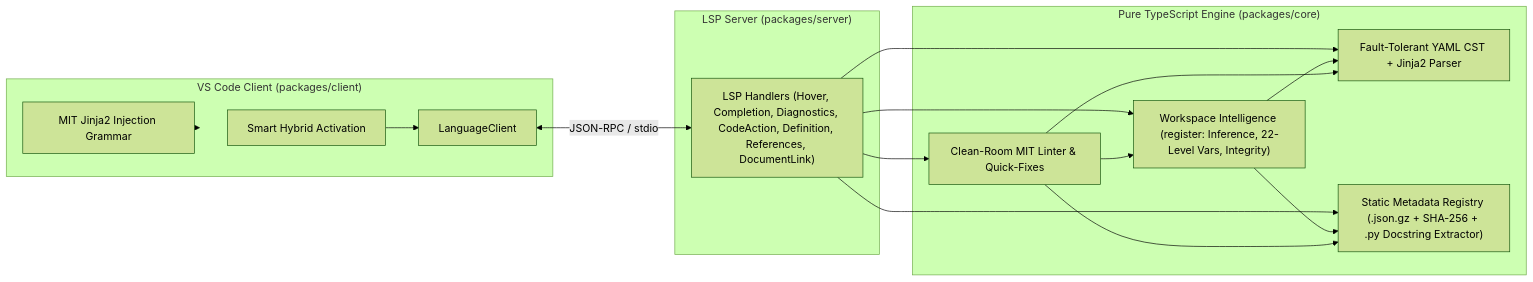
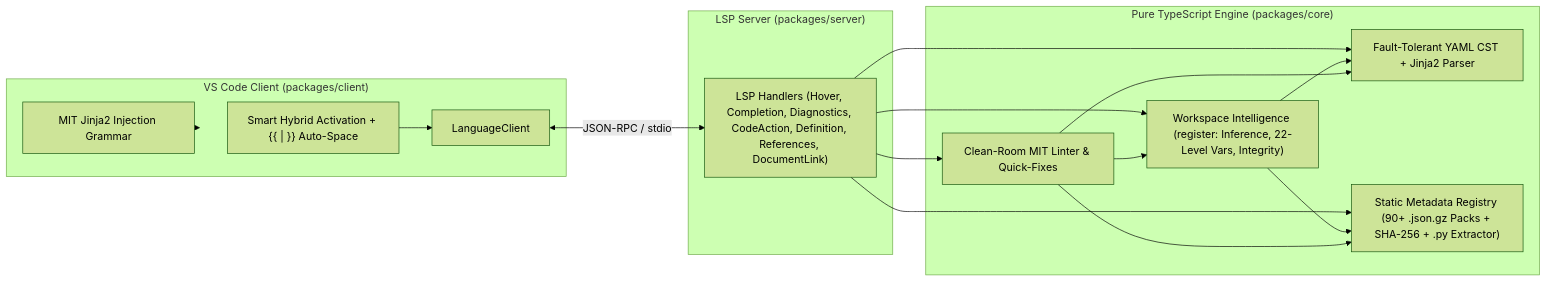
One commit to amr-io/ansible-lens changed the diagram in README.md. Above: the diagram before and after it, drawn with Mermaid (forest theme). The commit also changed other lines of this file and 12 other files, not shown here.

````diff
--- a/README.md
+++ b/README.md
@@ -28,32 +37,32 @@
 ```mermaid
 flowchart LR
   subgraph VSCode["VS Code Client (packages/client)"]
-    ACT["Smart Hybrid Activation"]
+    ACT["Smart Hybrid Activation + {{ | }} Auto-Space"]
     TM["MIT Jinja2 Injection Grammar"]
     LC["LanguageClient"]
   end
 
   subgraph LSP["LSP Server (packages/server)"]
     SRV["LSP Handlers (Hover, Completion, Diagnostics, CodeAction, Definition, References, DocumentLink)"]
   end
 
   subgraph CORE["Pure TypeScript Engine (packages/core)"]
     PAR["Fault-Tolerant YAML CST + Jinja2 Parser"]
-    META["Static Metadata Registry (.json.gz + SHA-256 + .py Docstring Extractor)"]
+    META["Static Metadata Registry (90+ .json.gz Packs + SHA-256 + .py Extractor)"]
     INT["Workspace Intelligence (register: Inference, 22-Level Vars, Integrity)"]
     LINT["Clean-Room MIT Linter & Quick-Fixes"]
   end
 
   ACT --> LC
   TM --> VSCode
   LC <-->|JSON-RPC / stdio| SRV
   SRV --> PAR
   SRV --> META
   SRV --> INT
   SRV --> LINT
   INT --> PAR
   INT --> META
   LINT --> PAR
   LINT --> META
   LINT --> INT
 ```
````
